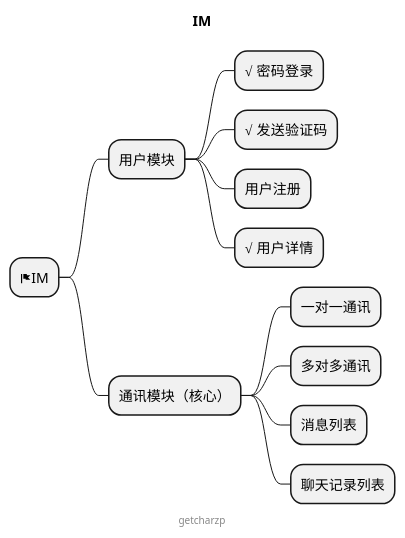
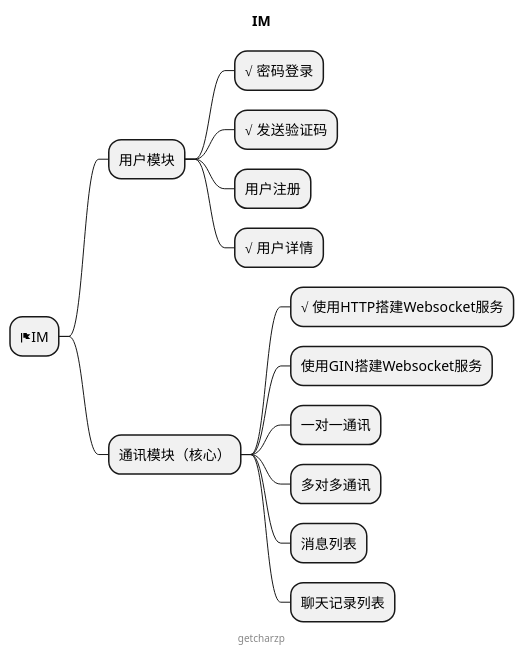
Before and after one commit to GetcharZp/im: the diagram in MIND.puml, drawn with PlantUML. The commit also changed 1 other file, not shown here.

```diff
--- a/MIND.puml
+++ b/MIND.puml
@@ -1,19 +1,21 @@
 @startmindmap
 
 title IM
 
 * <&flag>IM
 ** 用户模块
 *** √ 密码登录
 *** √ 发送验证码
 *** 用户注册
 *** √ 用户详情
 ** 通讯模块（核心）
+*** √ 使用HTTP搭建Websocket服务
+*** 使用GIN搭建Websocket服务
 *** 一对一通讯
 *** 多对多通讯
 *** 消息列表
 *** 聊天记录列表
 
 center footer getcharzp
 
 @endmindmap
```
